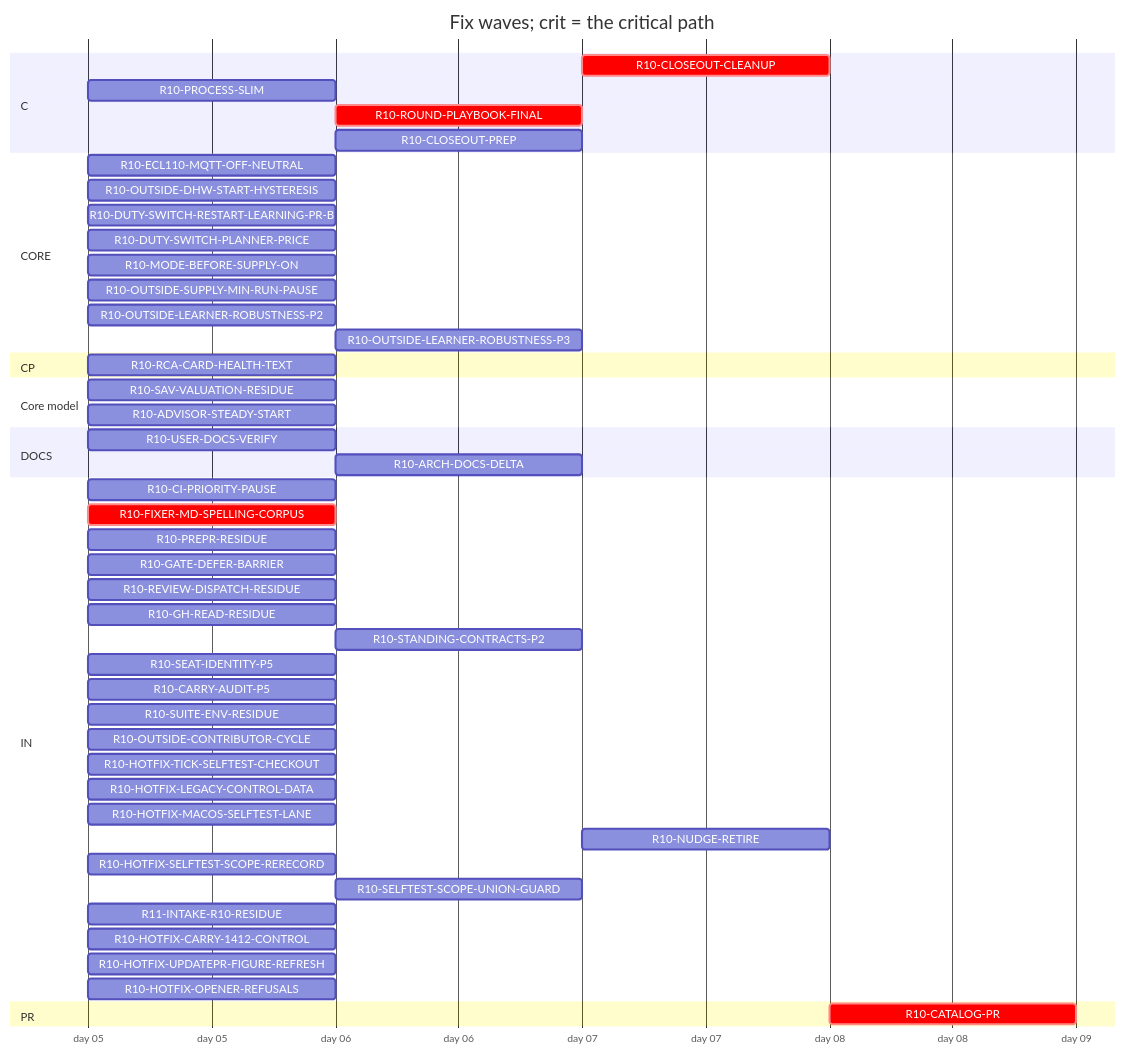
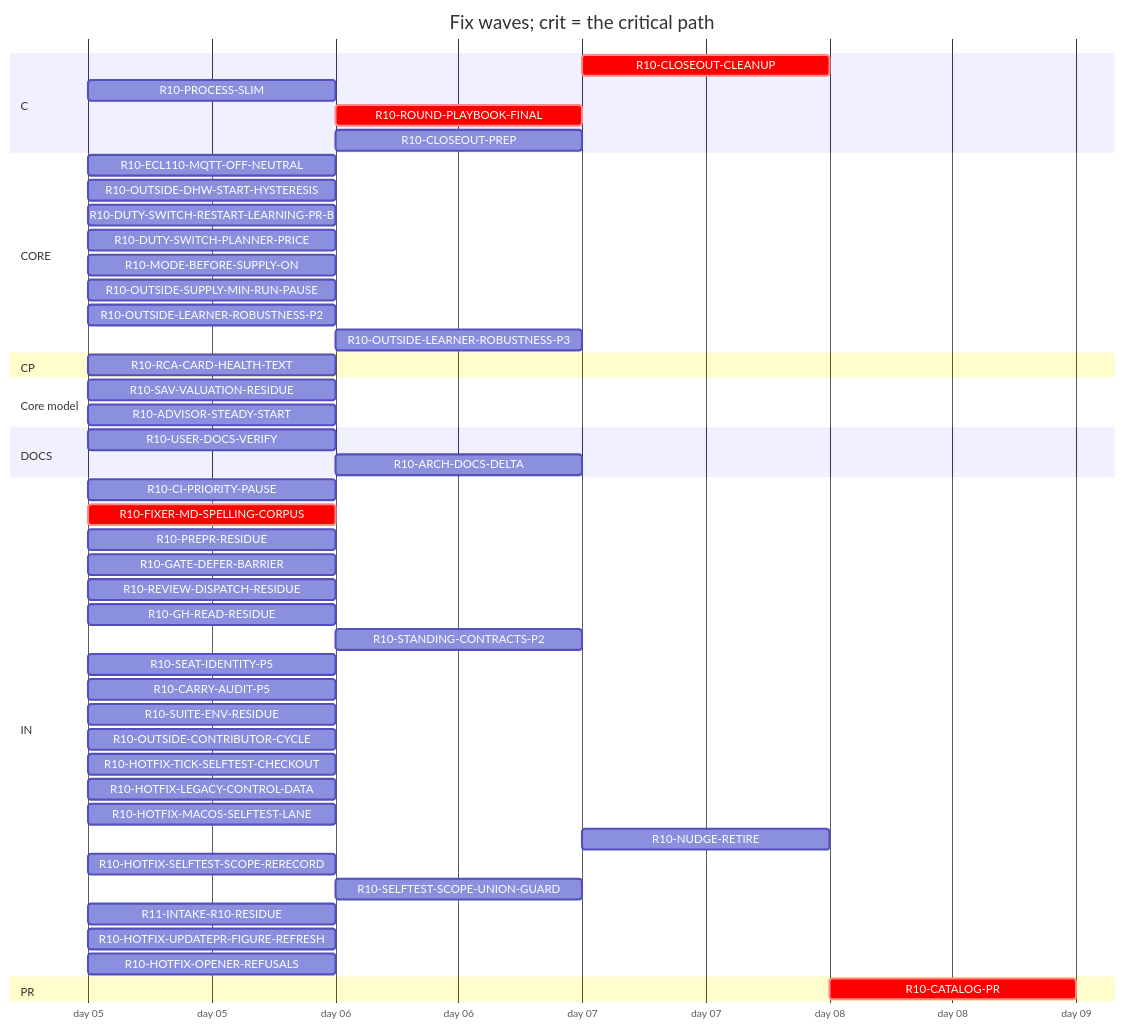
Before and after one commit to tvofi/heatpump_optimizer: the diagram in handoff/round10/state/PLAN-TABLE.md, drawn with Mermaid. The commit also changed other lines of this file and 3 other files, not shown here.

Commit message:
state: FLOW-BOARD.md, NEXT-SESSION-PROMPT.md, PLAN-TABLE.md, RESUME-CURRENT.md regenerated (state_docs.py)

````diff
--- a/handoff/round10/state/PLAN-TABLE.md
+++ b/handoff/round10/state/PLAN-TABLE.md
@@ -20,52 +20,51 @@
 ```mermaid
 gantt
   title Fix waves; crit = the critical path
   dateFormat YYYY-MM-DD
   axisFormat day %d
   section C
     R10-CLOSEOUT-CLEANUP :crit, r10CLOSEOUTCLEANUP, after r10USERDOCSVERIFY r10ROUNDPLAYBOOKFINAL r10CLOSEOUTPREP r10ARCHDOCSDELTA, 1d
     R10-PROCESS-SLIM :r10PROCESSSLIM, 2026-01-05, 1d
     R10-ROUND-PLAYBOOK-FINAL :crit, r10ROUNDPLAYBOOKFINAL, after r10FIXERMDSPELLINGCORPUS, 1d
     R10-CLOSEOUT-PREP :r10CLOSEOUTPREP, after r10FIXERMDSPELLINGCORPUS, 1d
   section CORE
     R10-ECL110-MQTT-OFF-NEUTRAL :r10ECL110MQTTOFFNEUTRAL, 2026-01-05, 1d
     R10-OUTSIDE-DHW-START-HYSTERESIS :r10OUTSIDEDHWSTARTHYSTERESIS, 2026-01-05, 1d
     R10-DUTY-SWITCH-RESTART-LEARNING-PR-B :r10DUTYSWITCHRESTARTLEARNINGPRB, 2026-01-05, 1d
     R10-DUTY-SWITCH-PLANNER-PRICE :r10DUTYSWITCHPLANNERPRICE, 2026-01-05, 1d
     R10-MODE-BEFORE-SUPPLY-ON :r10MODEBEFORESUPPLYON, 2026-01-05, 1d
     R10-OUTSIDE-SUPPLY-MIN-RUN-PAUSE :r10OUTSIDESUPPLYMINRUNPAUSE, 2026-01-05, 1d
     R10-OUTSIDE-LEARNER-ROBUSTNESS-P2 :r10OUTSIDELEARNERROBUSTNESSP2, 2026-01-05, 1d
     R10-OUTSIDE-LEARNER-ROBUSTNESS-P3 :r10OUTSIDELEARNERROBUSTNESSP3, after r10OUTSIDELEARNERROBUSTNESSP2, 1d
   section CP
     R10-RCA-CARD-HEALTH-TEXT :r10RCACARDHEALTHTEXT, 2026-01-05, 1d
   section Core model
     R10-SAV-VALUATION-RESIDUE :r10SAVVALUATIONRESIDUE, 2026-01-05, 1d
     R10-ADVISOR-STEADY-START :r10ADVISORSTEADYSTART, 2026-01-05, 1d
   section DOCS
     R10-USER-DOCS-VERIFY :r10USERDOCSVERIFY, 2026-01-05, 1d
     R10-ARCH-DOCS-DELTA :r10ARCHDOCSDELTA, after r10SAVVALUATIONRESIDUE r10ADVISORSTEADYSTART r10PROCESSSLIM, 1d
   section IN
     R10-CI-PRIORITY-PAUSE :r10CIPRIORITYPAUSE, 2026-01-05, 1d
     R10-FIXER-MD-SPELLING-CORPUS :crit, r10FIXERMDSPELLINGCORPUS, 2026-01-05, 1d
     R10-PREPR-RESIDUE :r10PREPRRESIDUE, 2026-01-05, 1d
     R10-GATE-DEFER-BARRIER :r10GATEDEFERBARRIER, 2026-01-05, 1d
     R10-REVIEW-DISPATCH-RESIDUE :r10REVIEWDISPATCHRESIDUE, 2026-01-05, 1d
     R10-GH-READ-RESIDUE :r10GHREADRESIDUE, 2026-01-05, 1d
     R10-STANDING-CONTRACTS-P2 :r10STANDINGCONTRACTSP2, after r10FIXERMDSPELLINGCORPUS, 1d
     R10-SEAT-IDENTITY-P5 :r10SEATIDENTITYP5, 2026-01-05, 1d
     R10-CARRY-AUDIT-P5 :r10CARRYAUDITP5, 2026-01-05, 1d
     R10-SUITE-ENV-RESIDUE :r10SUITEENVRESIDUE, 2026-01-05, 1d
     R10-OUTSIDE-CONTRIBUTOR-CYCLE :r10OUTSIDECONTRIBUTORCYCLE, 2026-01-05, 1d
     R10-HOTFIX-TICK-SELFTEST-CHECKOUT :r10HOTFIXTICKSELFTESTCHECKOUT, 2026-01-05, 1d
     R10-HOTFIX-LEGACY-CONTROL-DATA :r10HOTFIXLEGACYCONTROLDATA, 2026-01-05, 1d
     R10-HOTFIX-MACOS-SELFTEST-LANE :r10HOTFIXMACOSSELFTESTLANE, 2026-01-05, 1d
     R10-NUDGE-RETIRE :r10NUDGERETIRE, after r10ROUNDPLAYBOOKFINAL, 1d
     R10-HOTFIX-SELFTEST-SCOPE-RERECORD :r10HOTFIXSELFTESTSCOPERERECORD, 2026-01-05, 1d
     R10-SELFTEST-SCOPE-UNION-GUARD :r10SELFTESTSCOPEUNIONGUARD, after r10HOTFIXSELFTESTSCOPERERECORD, 1d
     R11-INTAKE-R10-RESIDUE :r11INTAKER10RESIDUE, 2026-01-05, 1d
-    R10-HOTFIX-CARRY-1412-CONTROL :r10HOTFIXCARRY1412CONTROL, 2026-01-05, 1d
     R10-HOTFIX-UPDATEPR-FIGURE-REFRESH :r10HOTFIXUPDATEPRFIGUREREFRESH, 2026-01-05, 1d
     R10-HOTFIX-OPENER-REFUSALS :r10HOTFIXOPENERREFUSALS, 2026-01-05, 1d
   section PR
     R10-CATALOG-PR :crit, r10CATALOGPR, after r10USERDOCSVERIFY r10ROUNDPLAYBOOKFINAL r10CLOSEOUTCLEANUP r10CLOSEOUTPREP r10ARCHDOCSDELTA, 1d
 ```
````
